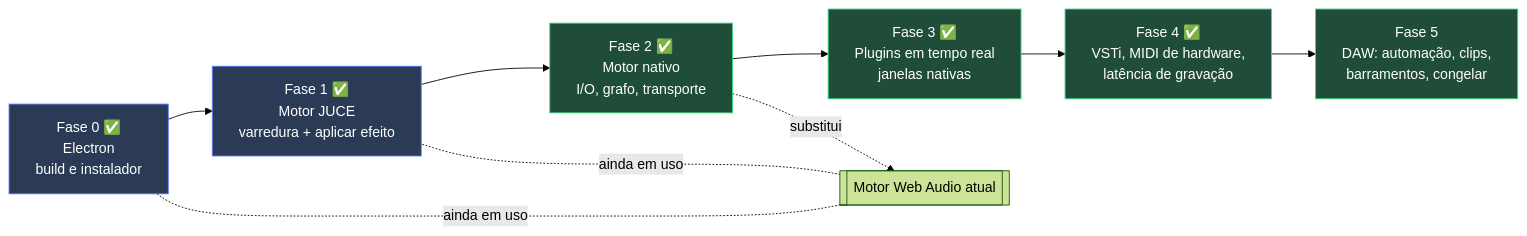
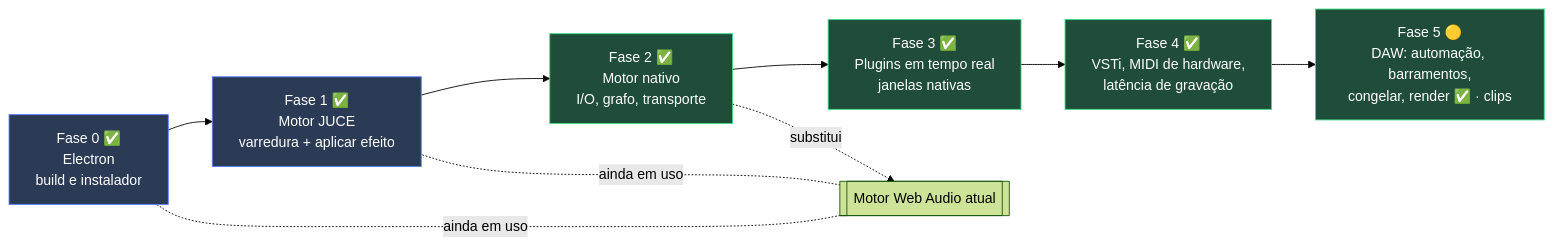
One commit to GuiPassoskt/RavenAudioEditor changed the seventh of 10 diagrams in docs/INTEGRACAO-PLUGINS-NATIVOS.md. Above: the diagram before and after it, drawn with Mermaid (forest theme). The commit also changed other lines of this file and 24 other files, not shown here.

First line of the commit message:
Adiciona barramentos, automação, congelar faixa e render em segundo plano (Fase 5)

````diff
--- a/docs/INTEGRACAO-PLUGINS-NATIVOS.md
+++ b/docs/INTEGRACAO-PLUGINS-NATIVOS.md
@@ -316,19 +316,19 @@
 ```mermaid
 flowchart LR
   F0["Fase 0 ✅<br/>Electron<br/>build e instalador"]
   F1["Fase 1 ✅<br/>Motor JUCE<br/>varredura + aplicar efeito"]
   F2["Fase 2 ✅<br/>Motor nativo<br/>I/O, grafo, transporte"]
   F3["Fase 3 ✅<br/>Plugins em tempo real<br/>janelas nativas"]
   F4["Fase 4 ✅<br/>VSTi, MIDI de hardware,<br/>latência de gravação"]
-  F5["Fase 5<br/>DAW: automação, clips,<br/>barramentos, congelar"]
+  F5["Fase 5 🟡<br/>DAW: automação, barramentos,<br/>congelar, render ✅ · clips"]
   F0 --> F1 --> F2 --> F3 --> F4 --> F5
 
   WA[["Motor Web Audio atual"]] -. "ainda em uso" .- F0
   WA -. "ainda em uso" .- F1
   F2 -. "substitui" .-> WA
 
   classDef web fill:#2b3a55,stroke:#5b7cfa,color:#fff
   classDef nat fill:#1f4d3a,stroke:#3ddc84,color:#fff
   class F0,F1 web
   class F2,F3,F4,F5 nat
 ```
````
